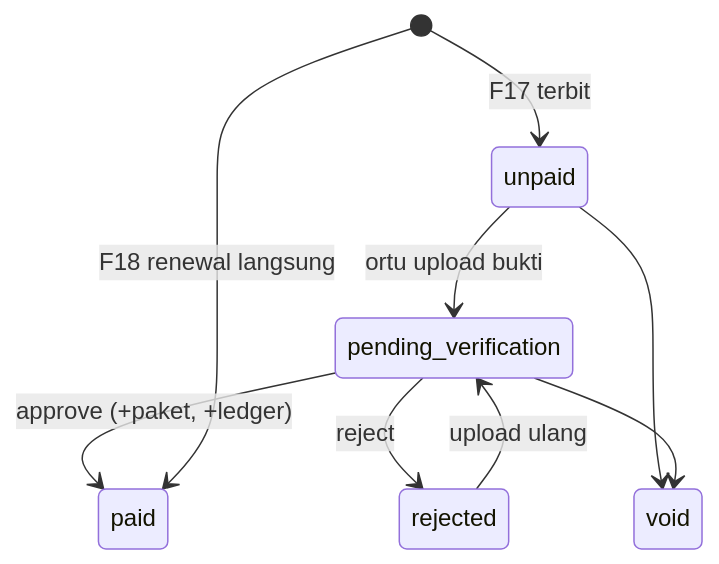
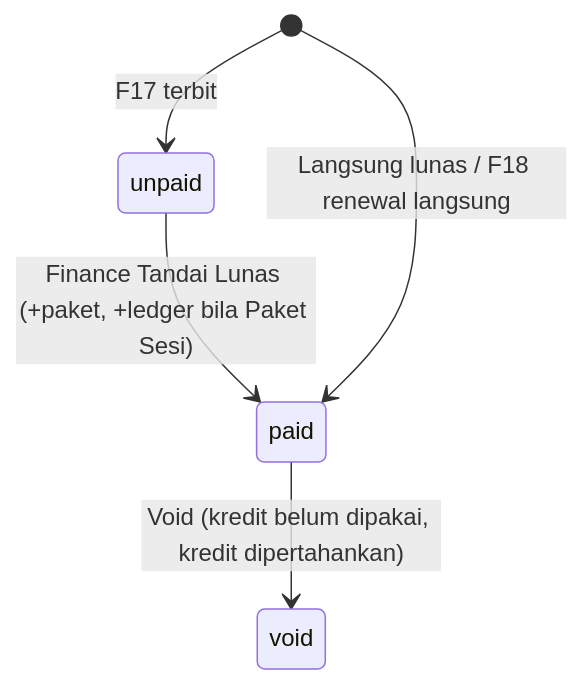
One commit to Iksan273/Therapedia changed the sixth of 6 diagrams in technical_workflow.md. Above: the diagram before and after it, drawn with Mermaid. The commit also changed other lines of this file and 62 other files, not shown here.

````diff
--- a/technical_workflow.md
+++ b/technical_workflow.md
@@ -575,11 +580,7 @@
 ```mermaid
 stateDiagram-v2
   [*] --> unpaid: F17 terbit
-  unpaid --> pending_verification: ortu upload bukti
-  rejected --> pending_verification: upload ulang
-  pending_verification --> paid: approve (+paket, +ledger)
-  pending_verification --> rejected: reject
-  unpaid --> void
-  pending_verification --> void
-  [*] --> paid: F18 renewal langsung
+  unpaid --> paid: Finance Tandai Lunas (+paket, +ledger bila Paket Sesi)
+  [*] --> paid: Langsung lunas / F18 renewal langsung
+  paid --> void: Void (kredit belum dipakai, kredit dipertahankan)
 ```
````
